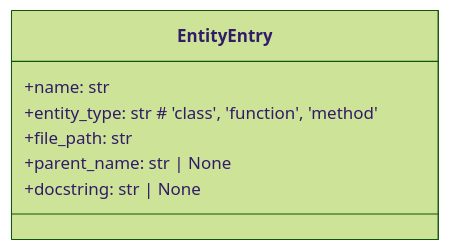
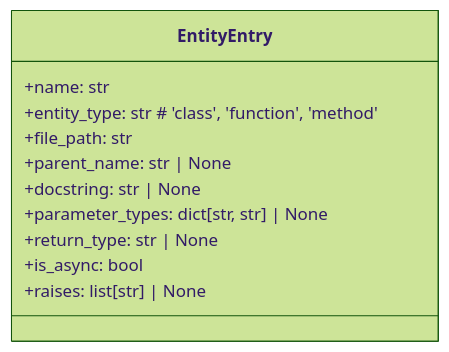
One commit to UrbanDiver/local-deepwiki-mcp changed the first of 2 diagrams in .deepwiki/files/src/local_deepwiki/generators/glossary.md. Above: the diagram before and after it, drawn with Mermaid (forest theme). The commit also changed other lines of this file and 54 other files, not shown here.

````diff
--- a/.deepwiki/files/src/local_deepwiki/generators/glossary.md
+++ b/.deepwiki/files/src/local_deepwiki/generators/glossary.md
@@ -377,10 +405,14 @@
 ```mermaid
 classDiagram
     class EntityEntry {
         +name: str
         +entity_type: str  # 'class', 'function', 'method'
         +file_path: str
         +parent_name: str | None
         +docstring: str | None
+        +parameter_types: dict[str, str] | None
+        +return_type: str | None
+        +is_async: bool
+        +raises: list[str] | None
     }
 ```
````
